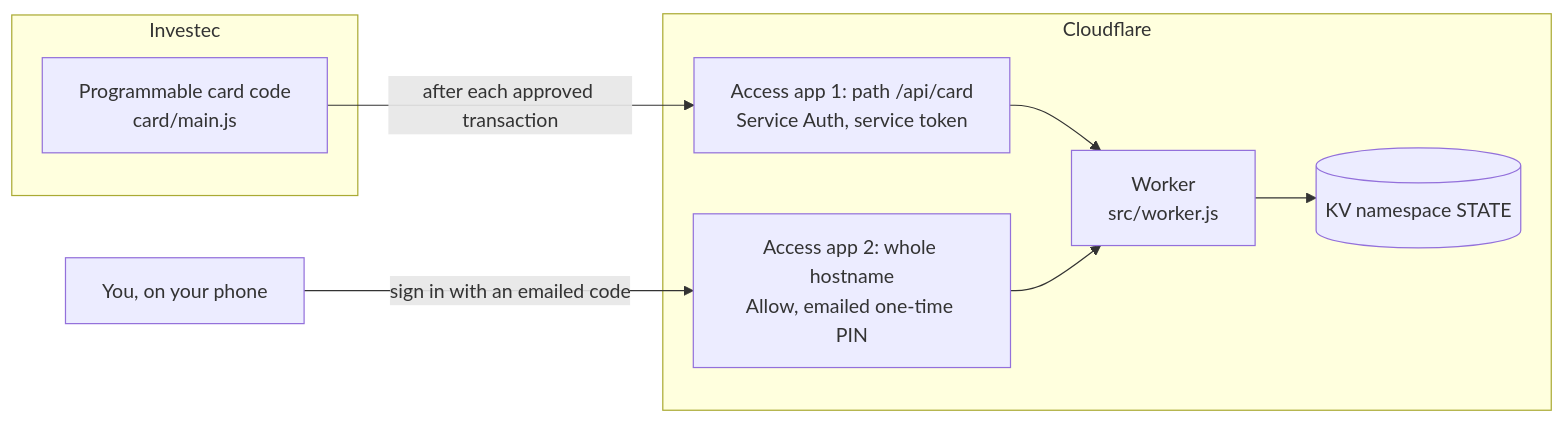
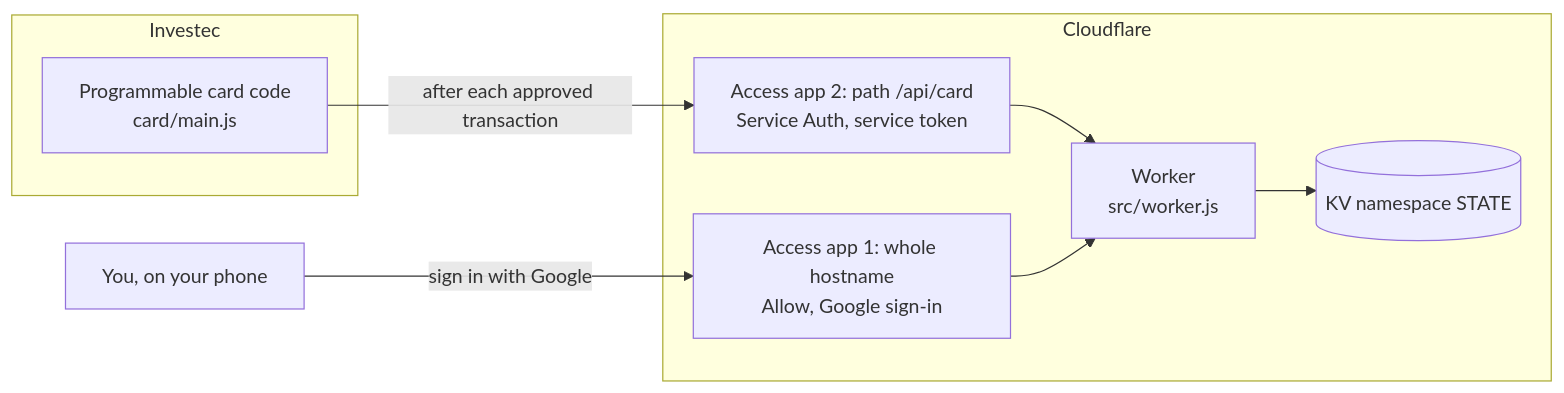
One commit to hardussa/investec-spending-tracker changed the diagram in investec-card-spend-tracker/README.md. Above: the diagram before and after it, drawn with Mermaid. The commit also changed other lines of this file and 11 other files, not shown here.

````diff
--- a/investec-card-spend-tracker/README.md
+++ b/investec-card-spend-tracker/README.md
@@ -25,16 +25,16 @@
 ```mermaid
 flowchart LR
   subgraph Investec
     C["Programmable card code<br/>card/main.js"]
   end
   subgraph Cloudflare
-    A1["Access app 1: path /api/card<br/>Service Auth, service token"]
-    A2["Access app 2: whole hostname<br/>Allow, emailed one-time PIN"]
+    A1["Access app 2: path /api/card<br/>Service Auth, service token"]
+    A2["Access app 1: whole hostname<br/>Allow, Google sign-in"]
     W["Worker<br/>src/worker.js"]
     KV[("KV namespace STATE")]
   end
   P["You, on your phone"]
   C -->|"after each approved transaction"| A1 --> W
-  P -->|"sign in with an emailed code"| A2 --> W
+  P -->|"sign in with Google"| A2 --> W
   W --> KV
 ```
````
